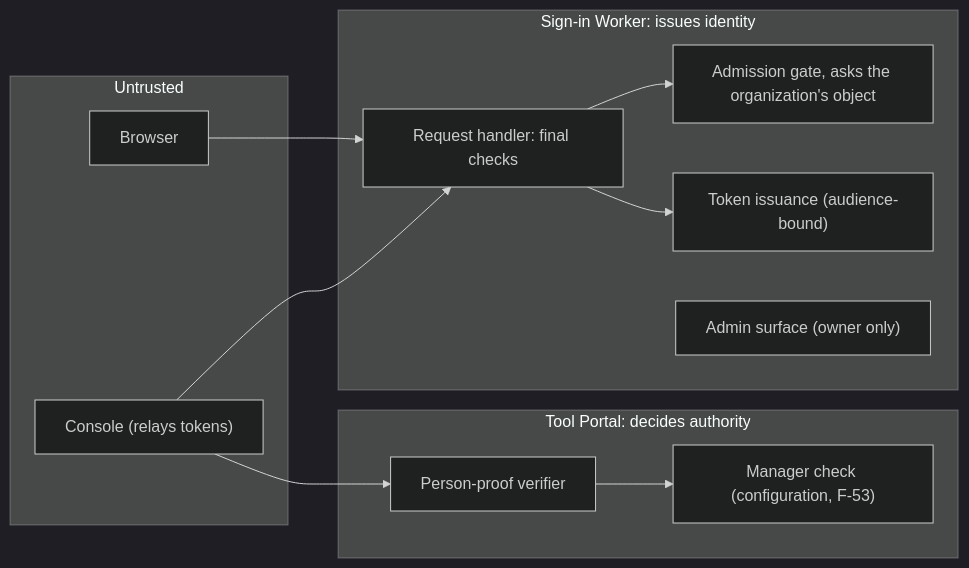
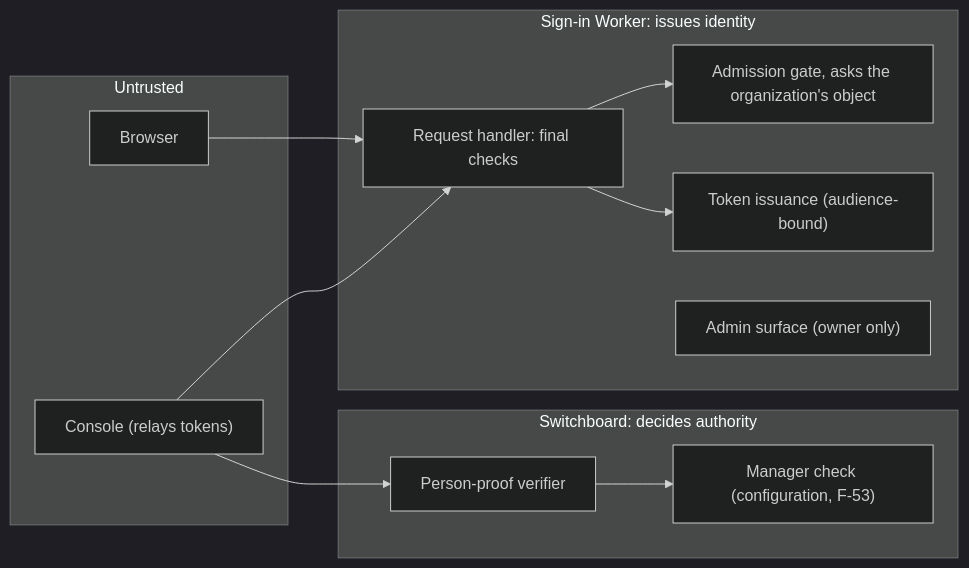
The fifth of 5 diagrams in docs/specs/2026-10-20-people-sign-in/program-design.md (ShravanSunder/agent-vm), drawn with Mermaid (dark theme) before and after one commit. The commit also changed other lines of this file and 61 other files, not shown here.

Commit message:
OD12 decided (owner, 2026-10-28): the Tool Portal is named Switchboard across the current design sets and pages; code spans, quotes and older documents unchanged; renamed heading anchors and an old remediation link repaired

````diff
--- a/docs/specs/2026-10-20-people-sign-in/program-design.md
+++ b/docs/specs/2026-10-20-people-sign-in/program-design.md
@@ -500,23 +500,23 @@
 ```mermaid
 flowchart LR
   subgraph untrusted["Untrusted"]
     br["Browser"]
     con["Console (relays tokens)"]
   end
   subgraph signin["Sign-in Worker: issues identity"]
     rh["Request handler: final checks"]
     gate["Admission gate, asks the organization's object"]
     issue["Token issuance (audience-bound)"]
     adm["Admin surface (owner only)"]
   end
-  subgraph tp["Tool Portal: decides authority"]
+  subgraph tp["Switchboard: decides authority"]
     ver["Person-proof verifier"]
     mgr["Manager check (configuration, F-53)"]
   end
   br --> rh
   con --> rh
   rh --> gate
   rh --> issue
   con --> ver
   ver --> mgr
 ```
````
